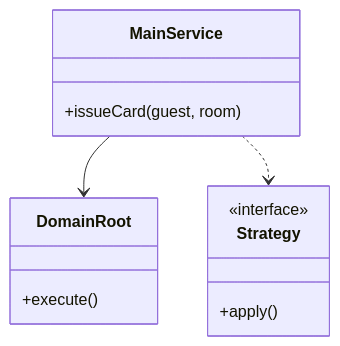
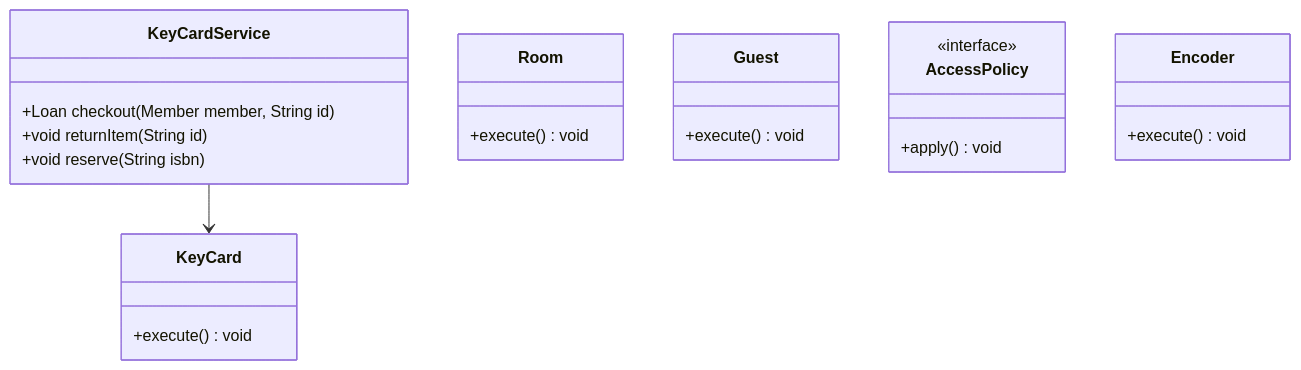
The first of 3 diagrams in Learn/System Design - Low Level Design/02-classic-ood/questions/Q31-hotel-key-card.md (madhupaila/Interview-Prep-SSE), drawn with Mermaid before and after one commit. The commit also changed other lines of this file and 491 other files, not shown here.

````diff
--- a/Learn/System Design - Low Level Design/02-classic-ood/questions/Q31-hotel-key-card.md
+++ b/Learn/System Design - Low Level Design/02-classic-ood/questions/Q31-hotel-key-card.md
@@ -75,15 +89,25 @@
 ```mermaid
 classDiagram
-    class MainService {
-        +issueCard(guest, room)
+    class KeyCardService {
+        +Loan checkout(Member member, String id)
+        +void returnItem(String id)
+        +void reserve(String isbn)
     }
-    class DomainRoot {
-        +execute()
+    class KeyCard {
+        +execute() void
     }
-    class Strategy {
+    class Room {
+        +execute() void
+    }
+    class Guest {
+        +execute() void
+    }
+    class AccessPolicy {
         <<interface>>
-        +apply()
+        +apply() void
     }
-    MainService --> DomainRoot
-    MainService ..> Strategy
+    class Encoder {
+        +execute() void
+    }
+    KeyCardService --> KeyCard
 ```
````
